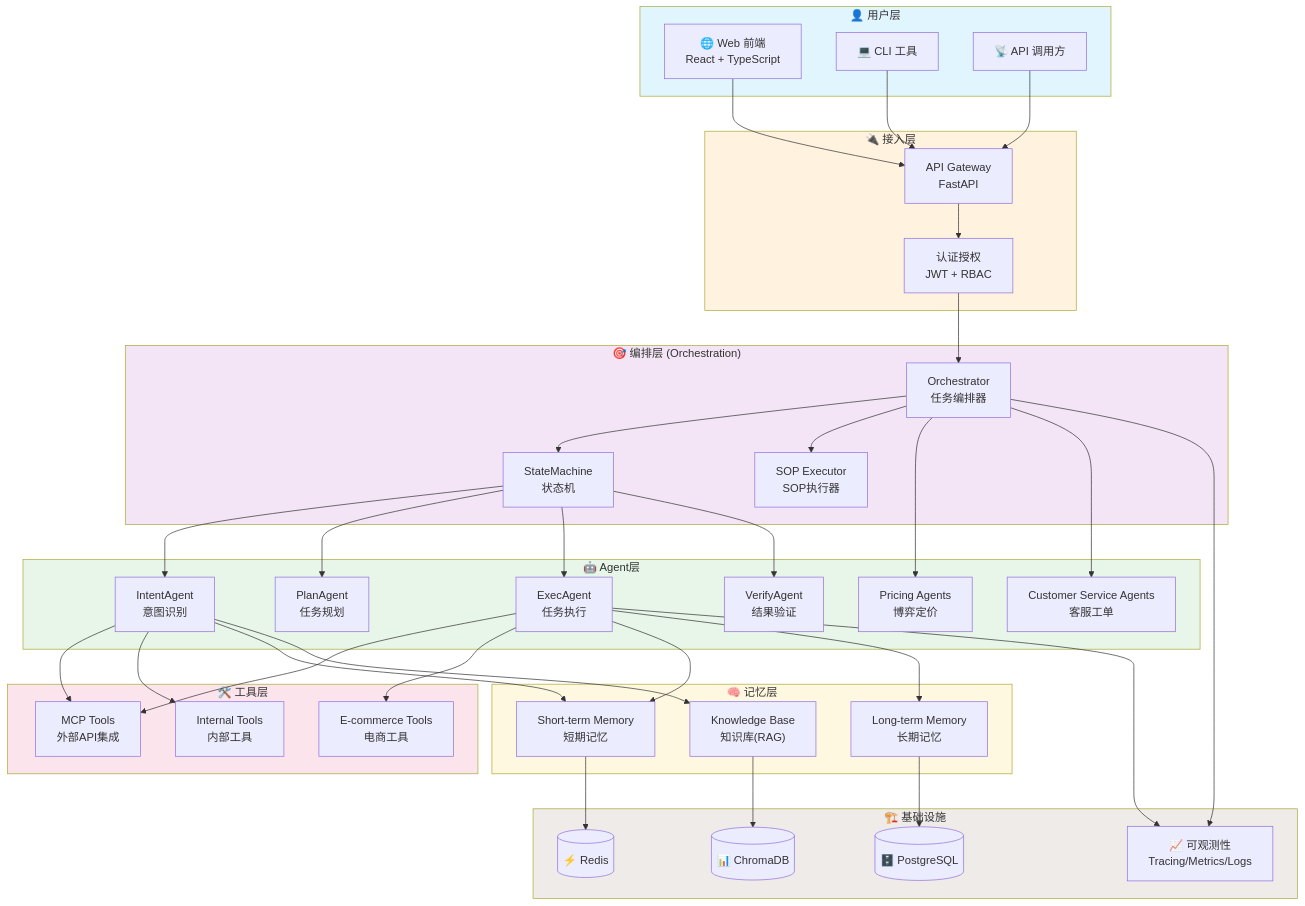
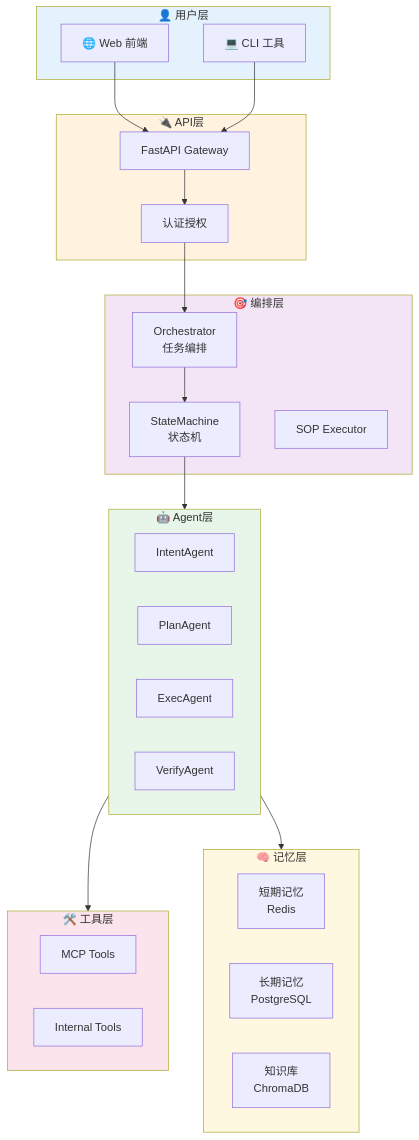
One commit to Aiting-for-you/OpsPilot changed the first of 2 diagrams in OpsPilot/docs/architecture/01_overall.md. Above: the diagram before and after it, drawn with Mermaid. The commit also changed other lines of this file and 13 other files, not shown here.

````diff
--- a/OpsPilot/docs/architecture/01_overall.md
+++ b/OpsPilot/docs/architecture/01_overall.md
@@ -25,90 +5,52 @@
 ```mermaid
 graph TB
     subgraph 用户层["👤 用户层"]
-        WEB["🌐 Web 前端<br/>React + TypeScript"]
+        WEB["🌐 Web 前端"]
         CLI["💻 CLI 工具"]
-        API_CLIENT["📡 API 调用方"]
     end
 
-    subgraph 接入层["🔌 接入层"]
-        GATEWAY["API Gateway<br/>FastAPI"]
-        AUTH["认证授权<br/>JWT + RBAC"]
+    subgraph API层["🔌 API层"]
+        GATEWAY["FastAPI Gateway"]
+        AUTH["认证授权"]
     end
 
-    subgraph 编排层["🎯 编排层 (Orchestration)"]
-        ORCHESTRATOR["Orchestrator<br/>任务编排器"]
-        STATE_MACHINE["StateMachine<br/>状态机"]
-        SOP_EXECUTOR["SOP Executor<br/>SOP执行器"]
+    subgraph 编排层["🎯 编排层"]
+        ORCH["Orchestrator<br/>任务编排"]
+        FSM["StateMachine<br/>状态机"]
+        SOP["SOP Executor"]
     end
 
     subgraph Agent层["🤖 Agent层"]
-        INTENT["IntentAgent<br/>意图识别"]
-        PLAN["PlanAgent<br/>任务规划"]
-        EXEC["ExecAgent<br/>任务执行"]
-        VERIFY["VerifyAgent<br/>结果验证"]
-        
-        PRICING["Pricing Agents<br/>博弈定价"]
-        CS["Customer Service Agents<br/>客服工单"]
+        INTENT["IntentAgent"]
+        PLAN["PlanAgent"]
+        EXEC["ExecAgent"]
+        VERIFY["VerifyAgent"]
     end
 
     subgraph 工具层["🛠️ 工具层"]
-        MCP["MCP Tools<br/>外部API集成"]
-        INTERNAL["Internal Tools<br/>内部工具"]
-        ECOMMERCE["E-commerce Tools<br/>电商工具"]
+        MCP["MCP Tools"]
+        INTERNAL["Internal Tools"]
     end
 
     subgraph 记忆层["🧠 记忆层"]
-        SHORT["Short-term Memory<br/>短期记忆"]
-        LONG["Long-term Memory<br/>长期记忆"]
-        KNOWLEDGE["Knowledge Base<br/>知识库(RAG)"]
+        SHORT["短期记忆<br/>Redis"]
+        LONG["长期记忆<br/>PostgreSQL"]
+        KB["知识库<br/>ChromaDB"]
     end
 
-    subgraph 基础设施["🏗️ 基础设施"]
-        DB[("🗄️ PostgreSQL")]
-        REDIS[("⚡ Redis")]
-        VECTOR[("📊 ChromaDB")]
-        OBS["📈 可观测性<br/>Tracing/Metrics/Logs"]
-    end
-
-    %% 连接关系
     WEB --> GATEWAY
     CLI --> GATEWAY
-    API_CLIENT --> GATEWAY
     GATEWAY --> AUTH
-    AUTH --> ORCHESTRATOR
-    
-    ORCHESTRATOR --> STATE_MACHINE
-    ORCHESTRATOR --> SOP_EXECUTOR
-    STATE_MACHINE --> INTENT
-    STATE_MACHINE --> PLAN
-    STATE_MACHINE --> EXEC
-    STATE_MACHINE --> VERIFY
-    
-    ORCHESTRATOR --> PRICING
-    ORCHESTRATOR --> CS
-    
-    INTENT --> MCP
-    INTENT --> INTERNAL
-    EXEC --> MCP
-    EXEC --> ECOMMERCE
-    
-    INTENT --> SHORT
-    EXEC --> SHORT
-    EXEC --> LONG
-    INTENT --> KNOWLEDGE
-    
-    SHORT --> REDIS
-    LONG --> DB
-    KNOWLEDGE --> VECTOR
-    
-    ORCHESTRATOR --> OBS
-    EXEC --> OBS
+    AUTH --> ORCH
+    ORCH --> FSM
+    FSM --> Agent层
+    Agent层 --> 工具层
+    Agent层 --> 记忆层
 
-    style 用户层 fill:#e1f5fe
-    style 接入层 fill:#fff3e0
+    style 用户层 fill:#e3f2fd
+    style API层 fill:#fff3e0
     style 编排层 fill:#f3e5f5
     style Agent层 fill:#e8f5e9
     style 工具层 fill:#fce4ec
     style 记忆层 fill:#fff8e1
-    style 基础设施 fill:#efebe9
 ```
````
